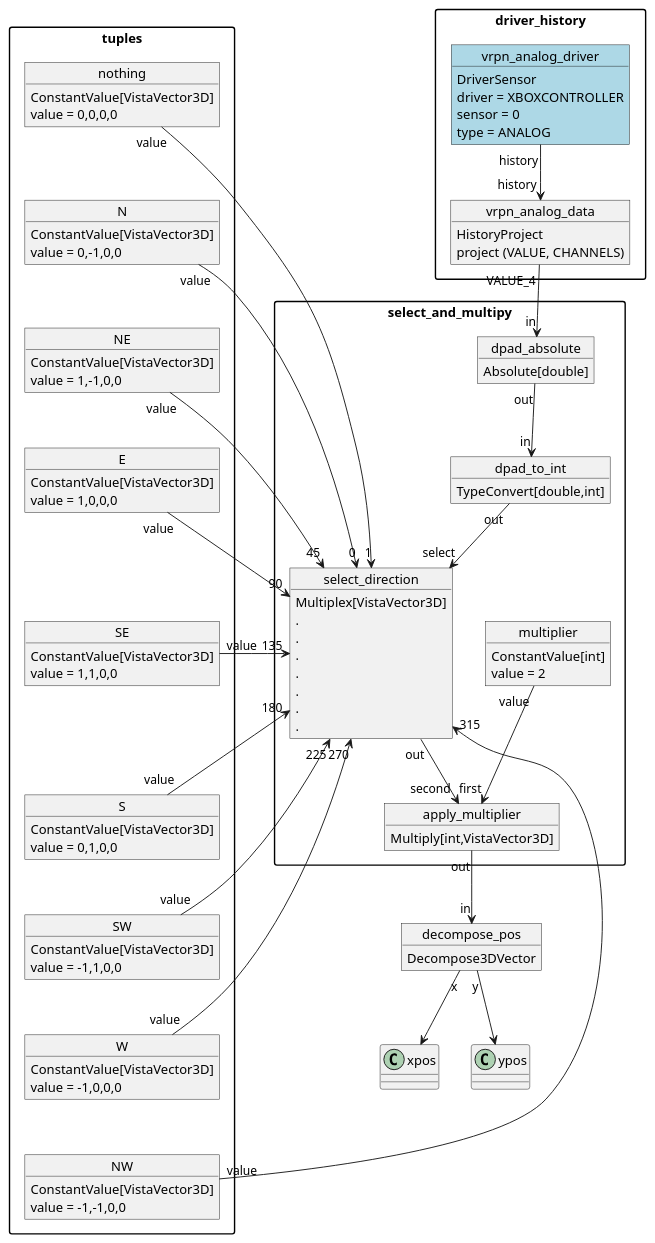
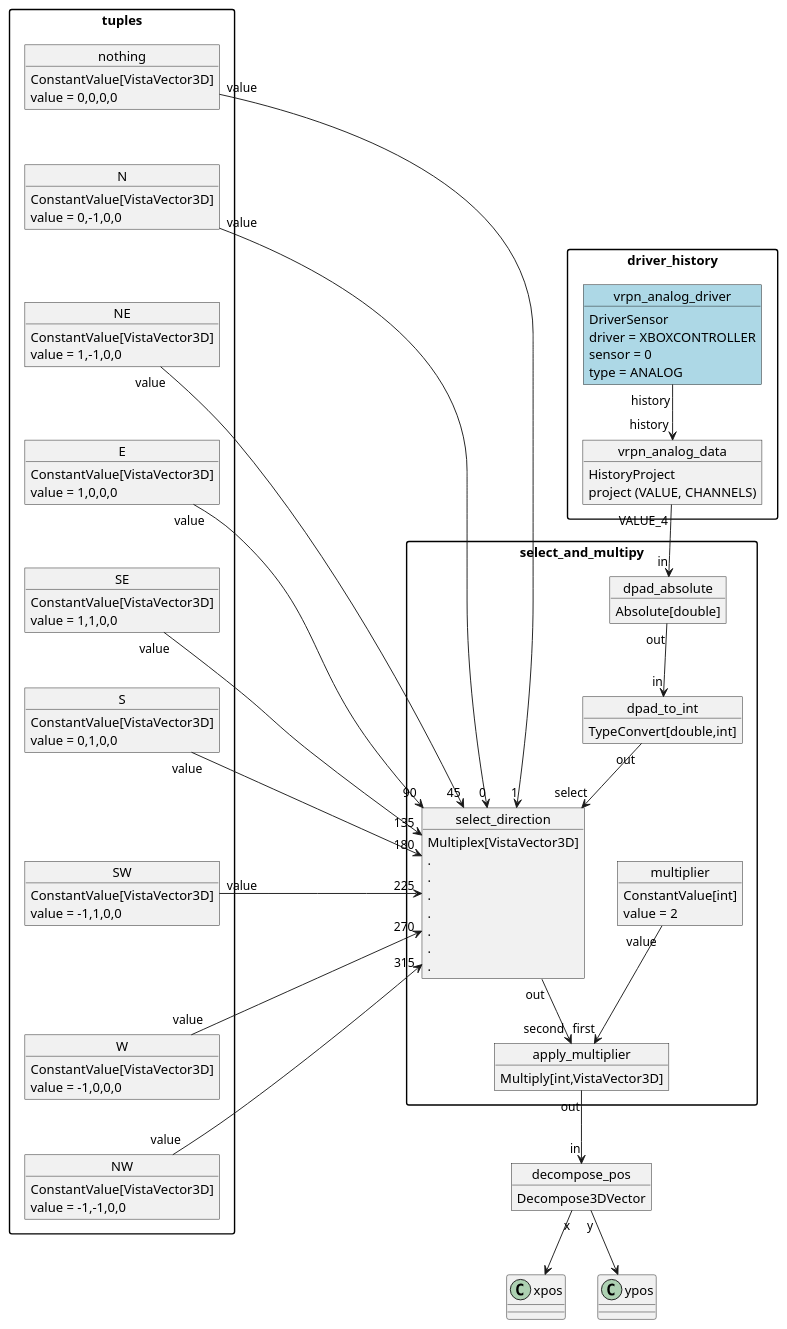
One commit to NXXR/Master-Thesis changed the diagram in ControllerSchemes/dpadmultiplex.puml. Above: the diagram before and after it, drawn with PlantUML.

```diff
--- a/ControllerSchemes/dpadmultiplex.puml
+++ b/ControllerSchemes/dpadmultiplex.puml
@@ -1,121 +1,121 @@
 @startuml
 skinparam packageStyle rectangle
 /' Nodes '/
 /'  analog driver and history '/
 package driver_history{
 object vrpn_analog_driver #lightblue
 vrpn_analog_driver : DriverSensor
 vrpn_analog_driver : driver = XBOXCONTROLLER
 vrpn_analog_driver : sensor = 0
 vrpn_analog_driver : type = ANALOG
 
 object vrpn_analog_data
 vrpn_analog_data : HistoryProject
 vrpn_analog_data : project (VALUE, CHANNELS)
 }
 
 package tuples{
 object nothing
 nothing : ConstantValue[VistaVector3D]
 nothing : value = 0,0,0,0
 
 object N
 N : ConstantValue[VistaVector3D]
 N : value = 0,-1,0,0
 
 object NE
 NE : ConstantValue[VistaVector3D]
 NE : value = 1,-1,0,0
 
 object E
 E : ConstantValue[VistaVector3D]
 E : value = 1,0,0,0
 
 object SE
 SE : ConstantValue[VistaVector3D]
 SE : value = 1,1,0,0
 
 object S
 S : ConstantValue[VistaVector3D]
 S : value = 0,1,0,0
 
 object SW
 SW : ConstantValue[VistaVector3D]
 SW : value = -1,1,0,0
 
 object W
 W : ConstantValue[VistaVector3D]
 W : value = -1,0,0,0
 
 object NW
 NW : ConstantValue[VistaVector3D]
 NW : value = -1,-1,0,0
 }
 
 package select_and_multipy{
 object select_direction
 select_direction : Multiplex[VistaVector3D]
 select_direction : .
 select_direction : .
 select_direction : .
 select_direction : .
 select_direction : .
 select_direction : .
 select_direction : .
 
 object dpad_absolute
 dpad_absolute : Absolute[double]
 
 object dpad_to_int
 dpad_to_int : TypeConvert[double,int]
 
 /'  apply multiplier '/
 object apply_multiplier
 apply_multiplier : Multiply[int,VistaVector3D]
 
 object multiplier
 multiplier : ConstantValue[int]
 multiplier : value = 2
 }
 
 object decompose_pos
 decompose_pos : Decompose3DVector
 
 /' Edges '/
 vrpn_analog_driver "history" --> "history" vrpn_analog_data
 
 /'  dpad for select '/
 vrpn_analog_data "VALUE_4" --> "in" dpad_absolute
 dpad_absolute "out" --> "in" dpad_to_int
 dpad_to_int "out" --> "select" select_direction
 
 /'  direction tuples into MUX'/
 nothing "value" --> "1" select_direction
 N "value" --> "0" select_direction
-NE "value" -l-> "45" select_direction
-E "value" -l-> "90" select_direction
-SE "value" -l-> "135" select_direction
+NE "value" --> "45" select_direction
+E "value" --> "90" select_direction
+SE "value" --> "135" select_direction
 S "value" -l-> "180" select_direction
 SW "value" -l-> "225" select_direction
 W "value" --> "270" select_direction
 NW "value" --> "315" select_direction
 
 /'  apply multiplier '/
 multiplier "value" --> "first" apply_multiplier
 select_direction "out" --> "second" apply_multiplier
 
 /'  decompose '/
 apply_multiplier "out" --> "in" decompose_pos
 decompose_pos "x" --> xpos
 decompose_pos "y" --> ypos
 
 /' Formatting Directives '/
 nothing -d[hidden]- N
 N -d[hidden]- NE
 NE -d[hidden]- E
 E -d[hidden]- SE
 SE -d[hidden]- S
 S -d[hidden]- SW
 SW -d[hidden]- W
 W -d[hidden]- NW
 @enduml
```
